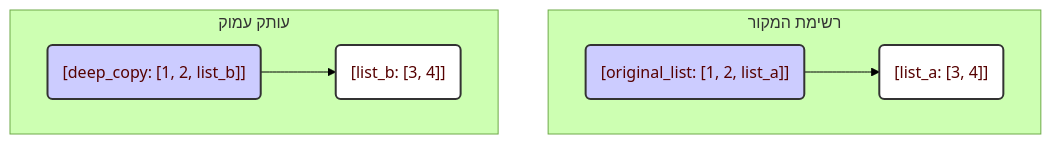
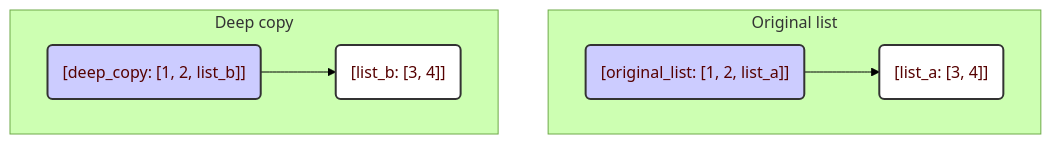
The second of 2 diagrams in cheatsheets/copy.md (hypo69/1001-python-he), drawn with Mermaid (forest theme) before and after one commit. The commit also changed other lines of this file and 869 other files, not shown here.

````diff
--- a/cheatsheets/copy.md
+++ b/cheatsheets/copy.md
@@ -90,18 +90,19 @@
 ```mermaid
 graph TD
-    subgraph רשימת המקור
+    subgraph Original list
         originalList("[original_list: [1, 2, list_a]]")
          list_a("[list_a: [3, 4]]")
         originalList --> list_a
     end
-    subgraph עותק עמוק
+    subgraph Deep copy
         deepCopy("[deep_copy: [1, 2, list_b]]")
          list_b("[list_b: [3, 4]]")
         deepCopy --> list_b
     end
 
     style originalList fill:#ccf,stroke:#333,stroke-width:2px,color:#550000
     style deepCopy fill:#ccf,stroke:#333,stroke-width:2px,color:#550000
     style list_a fill:#fff,stroke:#333,stroke-width:2px,color:#550000
     style list_b fill:#fff,stroke:#333,stroke-width:2px,color:#550000
+
 ```
````
